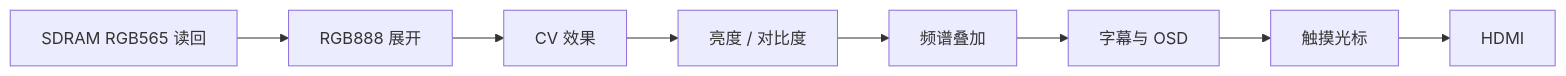
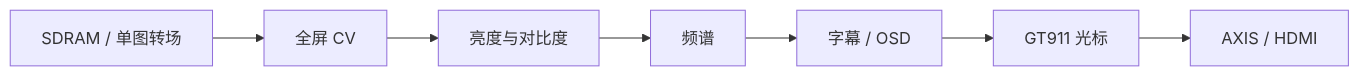
The diagram in docs/display_cv_effects_exploration.md (Twinbox-dev/FPGA), drawn with Mermaid before and after one commit. The commit also changed other lines of this file and 149 other files, not shown here.

````diff
--- a/docs/display_cv_effects_exploration.md
+++ b/docs/display_cv_effects_exploration.md
@@ -23,10 +20,9 @@
 ```mermaid
 flowchart LR
-    A[SDRAM RGB565 读回] --> B[RGB888 展开]
-    B --> C[CV 效果]
-    C --> D[亮度 / 对比度]
-    D --> E[频谱叠加]
-    E --> F[字幕与 OSD]
-    F --> G[触摸光标]
-    G --> H[HDMI]
+    A[SDRAM / 单图转场] --> B[全屏 CV]
+    B --> C[亮度与对比度]
+    C --> D[频谱]
+    D --> E[字幕 / OSD]
+    E --> F[GT911 光标]
+    F --> G[AXIS / HDMI]
 ```
````
